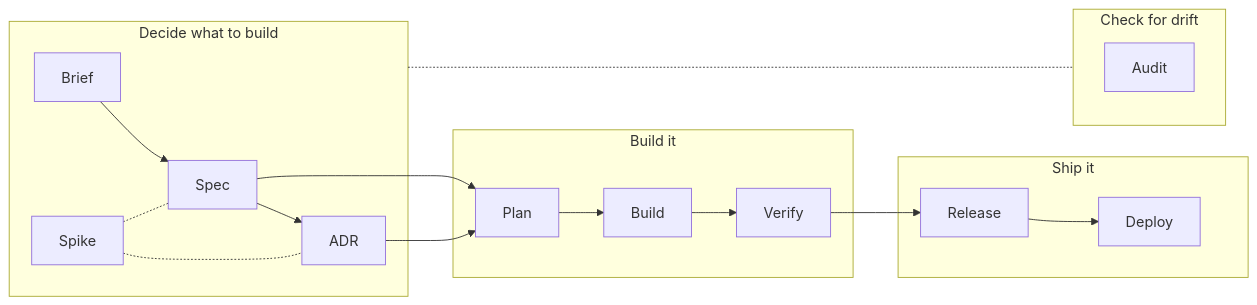
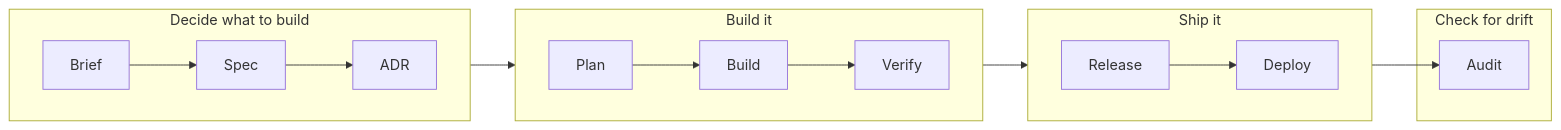
One commit to michaelmarconi/agentic-engineering changed the first of 7 diagrams in docs/lifecycle.md. Above: the diagram before and after it, drawn with Mermaid. The commit also changed other lines of this file, not shown here.

Commit message:
Lifecycle draft: a linear overview

````diff
--- a/docs/lifecycle.md
+++ b/docs/lifecycle.md
@@ -11,23 +11,21 @@
 ```mermaid
 flowchart LR
     subgraph Decide[Decide what to build]
+        direction LR
         Brief --> Spec --> ADR
-        Spike
     end
     subgraph Make[Build it]
+        direction LR
         Plan --> Build --> Verify
     end
     subgraph Ship[Ship it]
+        direction LR
         Release --> Deploy
     end
     subgraph Drift[Check for drift]
         Audit
     end
-    Spec --> Plan
     ADR --> Plan
     Verify --> Release
-    Spike -.- Spec
-    Spike -.- ADR
-    Ship ~~~ Drift
-    Decide <-.- Drift
+    Deploy --> Audit
 ```
````
